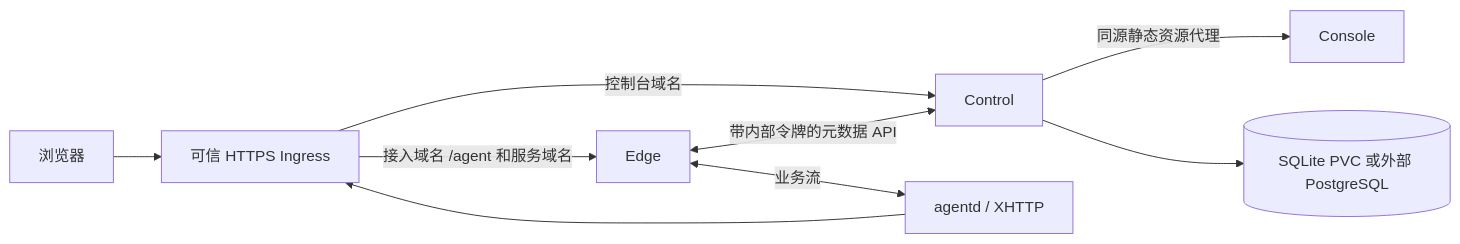
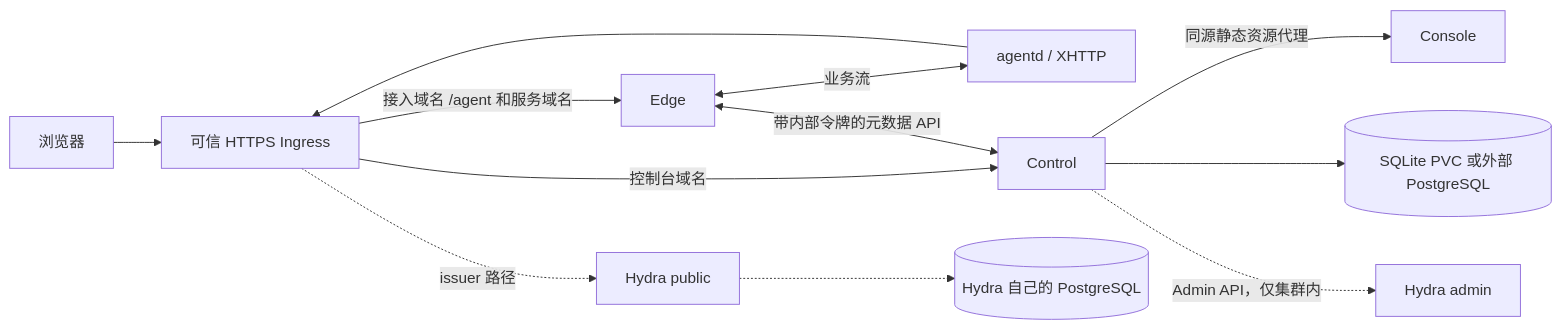
One commit to Bit-Precise/agents changed the diagram in docs/helm.md. Above: the diagram before and after it, drawn with Mermaid. The commit also changed other lines of this file and 78 other files, not shown here.

````diff
--- a/docs/helm.md
+++ b/docs/helm.md
@@ -7,11 +7,14 @@
 ```mermaid
 flowchart LR
     Browser[浏览器] --> Ingress[可信 HTTPS Ingress]
     Agent[agentd / XHTTP] --> Ingress
     Ingress -->|控制台域名| Control
     Ingress -->|接入域名 /agent 和服务域名| Edge
     Control -->|同源静态资源代理| Console
     Control --> SQL[(SQLite PVC 或外部 PostgreSQL)]
     Edge <-->|带内部令牌的元数据 API| Control
     Edge <-->|业务流| Agent
+    Ingress -.->|issuer 路径| Hydra[Hydra public]
+    Control -.->|Admin API，仅集群内| HydraAdmin[Hydra admin]
+    Hydra -.-> HydraSQL[(Hydra 自己的 PostgreSQL)]
 ```
````
